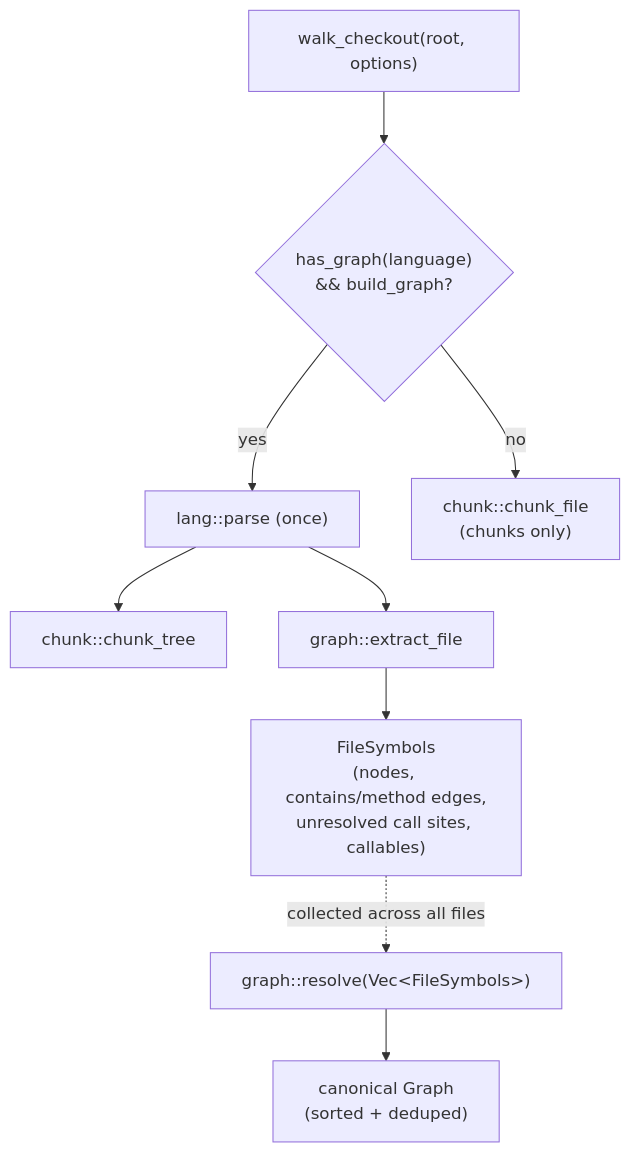
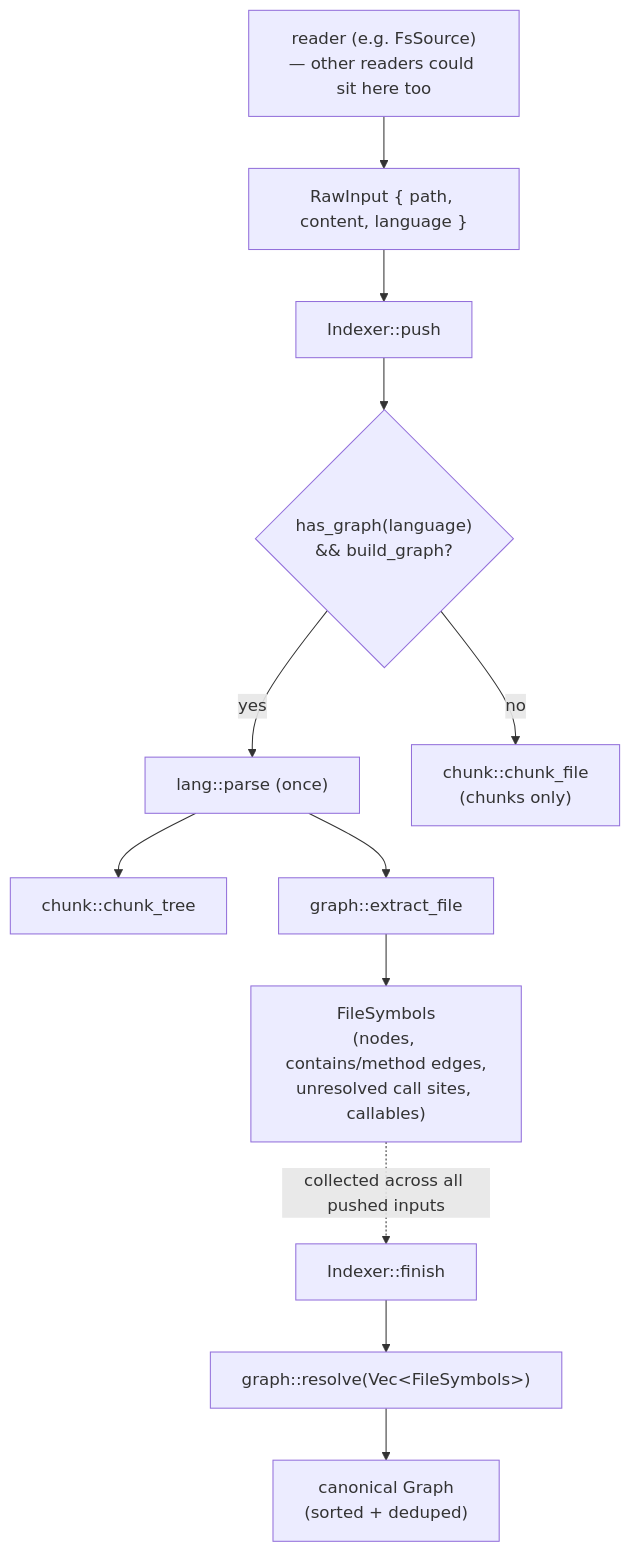
The diagram in docs/architecture.md (ADORSYS-GIS/lci-codegraph), drawn with Mermaid before and after one commit. The commit also changed other lines of this file and 13 other files, not shown here.

First line of the commit message:
feat!: index raw inputs; the filesystem checkout is one reader (#15)

````diff
--- a/docs/architecture.md
+++ b/docs/architecture.md
@@ -19,11 +32,14 @@
 ```mermaid
 flowchart TD
-    A["walk_checkout(root, options)"] --> B{"has_graph(language)<br/>&& build_graph?"}
+    R["reader (e.g. FsSource)<br/>— other readers could sit here too"] --> RI["RawInput { path, content, language }"]
+    RI --> P["Indexer::push"]
+    P --> B{"has_graph(language)<br/>&& build_graph?"}
     B -- yes --> C["lang::parse (once)"]
     C --> D["chunk::chunk_tree"]
     C --> E["graph::extract_file"]
     B -- no --> F["chunk::chunk_file<br/>(chunks only)"]
     E --> G["FileSymbols<br/>(nodes, contains/method edges,<br/>unresolved call sites, callables)"]
-    G -.->|"collected across all files"| H["graph::resolve(Vec&lt;FileSymbols&gt;)"]
-    H --> I["canonical Graph<br/>(sorted + deduped)"]
+    G -.->|"collected across all pushed inputs"| H["Indexer::finish"]
+    H --> I["graph::resolve(Vec&lt;FileSymbols&gt;)"]
+    I --> J["canonical Graph<br/>(sorted + deduped)"]
 ```
````
